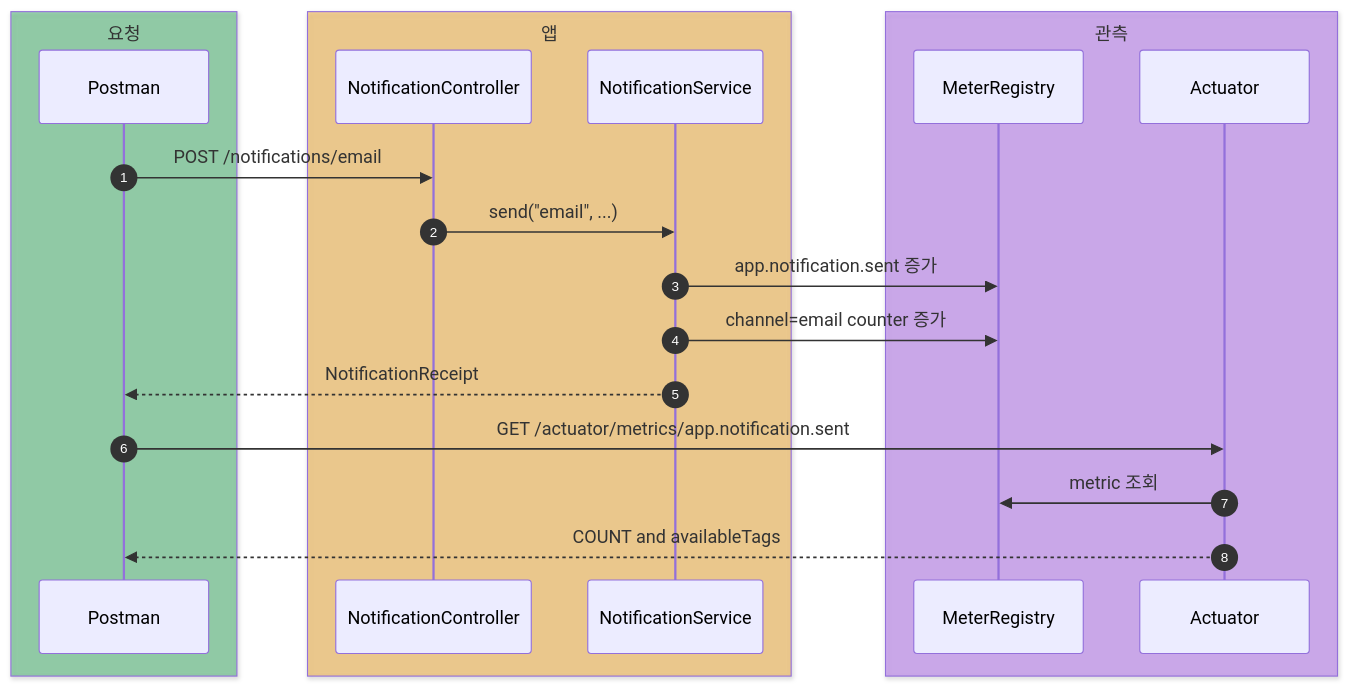
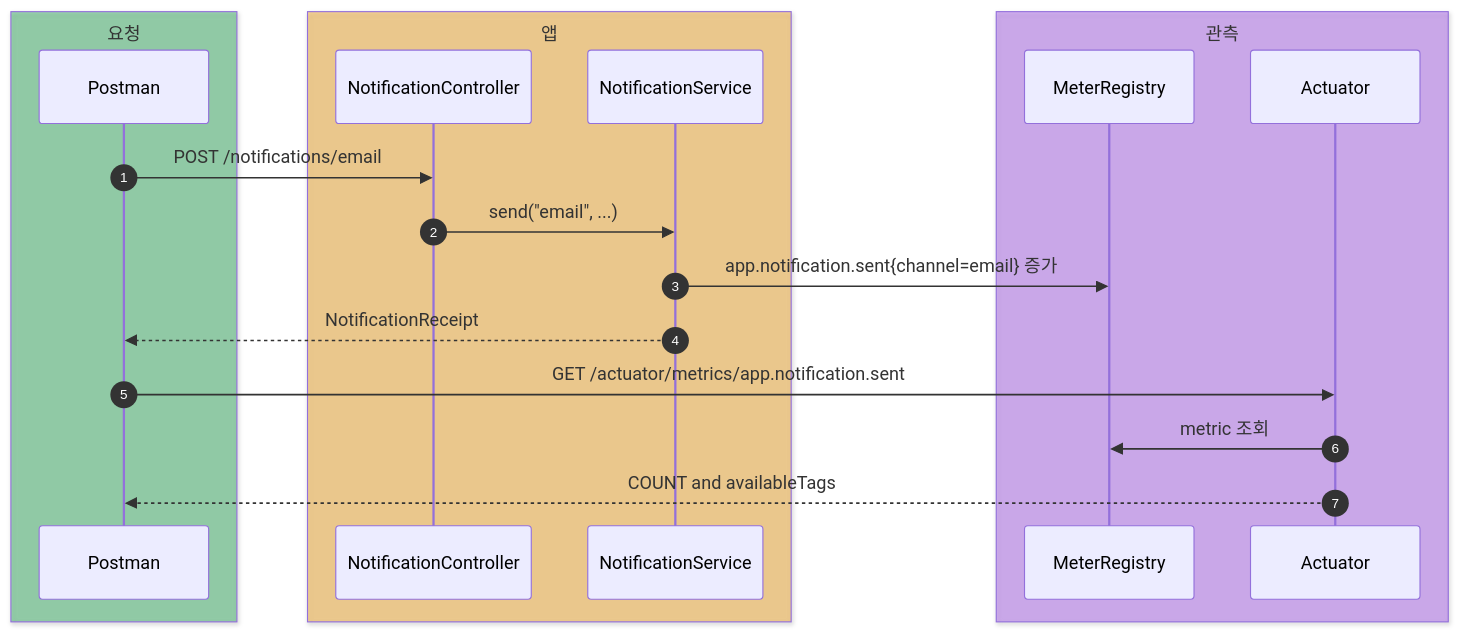
Before and after one commit to HJC96/deep-dive: the fifth of 13 diagrams in labs/spring-boot-actuator/README.md, drawn with Mermaid. The commit also changed other lines of this file and 6 other files, not shown here.

````diff
--- a/labs/spring-boot-actuator/README.md
+++ b/labs/spring-boot-actuator/README.md
@@ -697,27 +705,26 @@
 ```mermaid
 sequenceDiagram
     autonumber
 
     box rgba(22, 163, 74, 0.40) 요청
     participant Postman
     end
 
     box rgba(245, 158, 11, 0.40) 앱
     participant Controller as NotificationController
     participant Service as NotificationService
     end
 
     box rgba(147, 51, 234, 0.35) 관측
     participant Registry as MeterRegistry
     participant Actuator
     end
 
     Postman->>Controller: POST /notifications/email
     Controller->>Service: send("email", ...)
-    Service->>Registry: app.notification.sent 증가
-    Service->>Registry: channel=email counter 증가
+    Service->>Registry: app.notification.sent{channel=email} 증가
     Service-->>Postman: NotificationReceipt
     Postman->>Actuator: GET /actuator/metrics/app.notification.sent
     Actuator->>Registry: metric 조회
     Actuator-->>Postman: COUNT and availableTags
 ```
````
